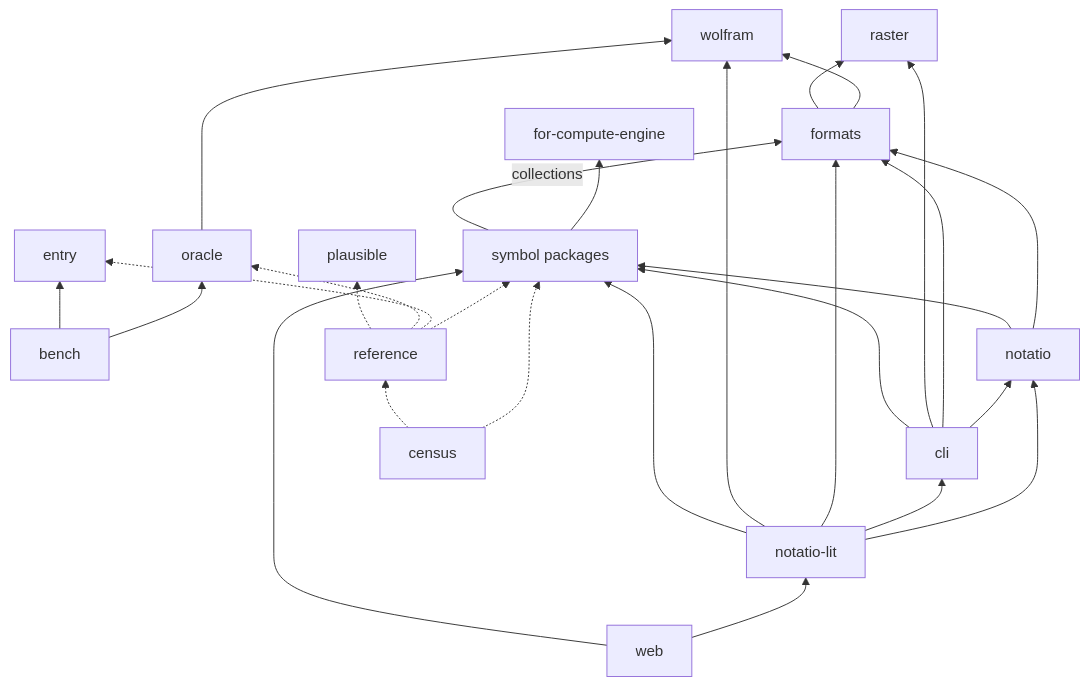
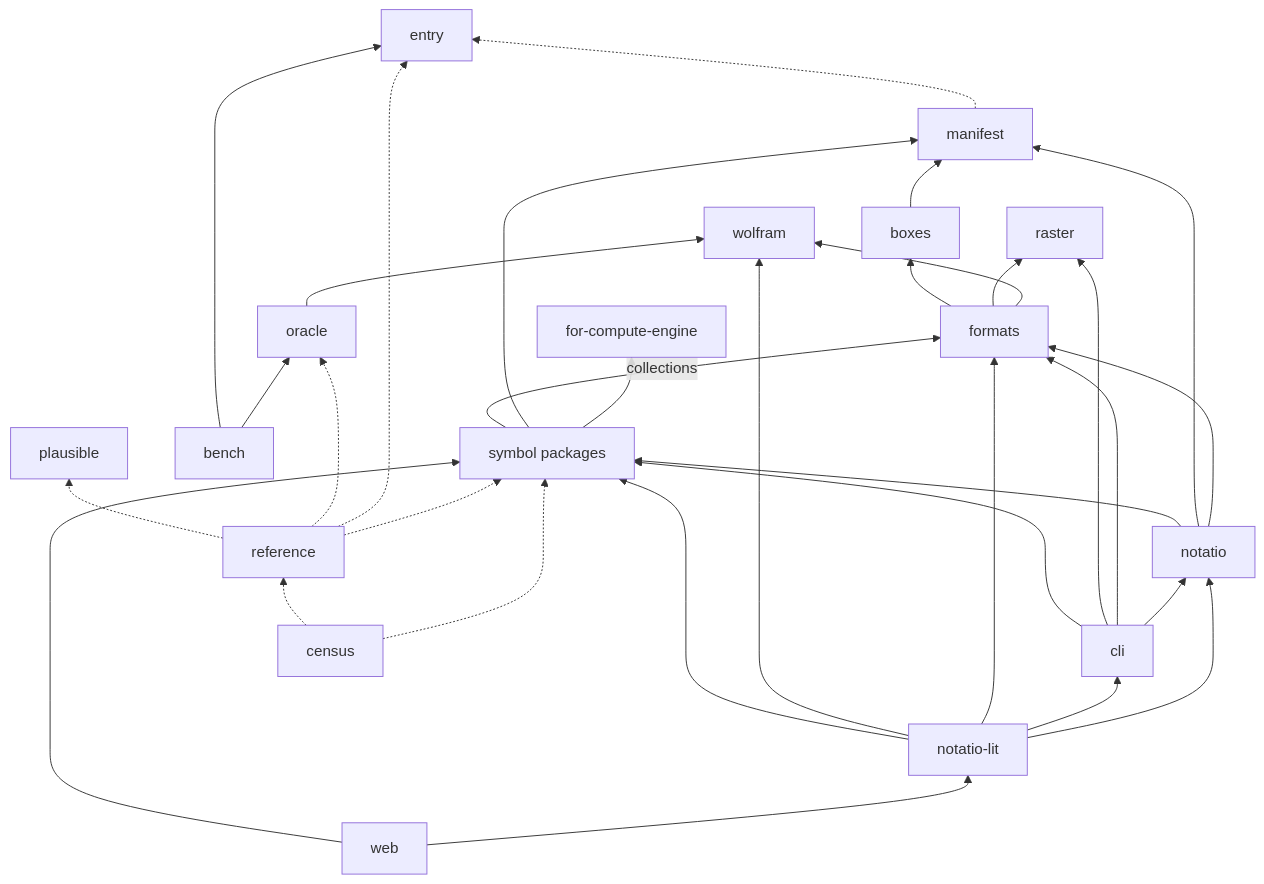
Before and after one commit to enumeratio/enumeratio: the second of 2 diagrams in design/packages.md, drawn with Mermaid. The commit also changed other lines of this file, not shown here.

Commit message:
docs(packages): boxes and manifest on the map

````diff
--- a/design/packages.md
+++ b/design/packages.md
@@ -48,14 +48,16 @@
 ```mermaid
 flowchart BT
-  sym[symbol packages] --> fce[for-compute-engine]
+  sym[symbol packages] --> fce[for-compute-engine] & manifest
   sym -- collections --> formats
-  formats --> wolfram & raster
+  formats --> wolfram & raster & boxes
+  boxes --> manifest
+  manifest -.-> entry
   oracle --> wolfram
   bench --> oracle & entry
-  notatio --> formats & sym
+  notatio --> formats & manifest & sym
   cli --> notatio & formats & raster & sym
   notatio-lit --> notatio & cli & formats & wolfram & sym
   web --> notatio-lit & sym
   reference -.-> sym & entry & oracle & plausible
   census -.-> sym & reference
 ```
````
